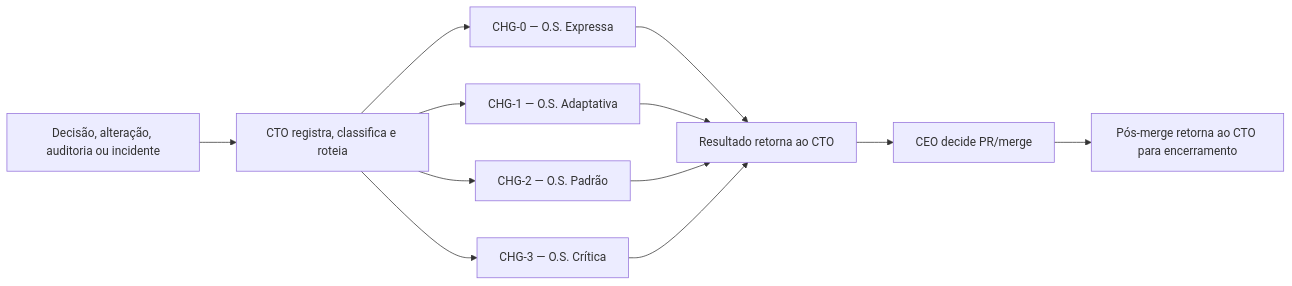
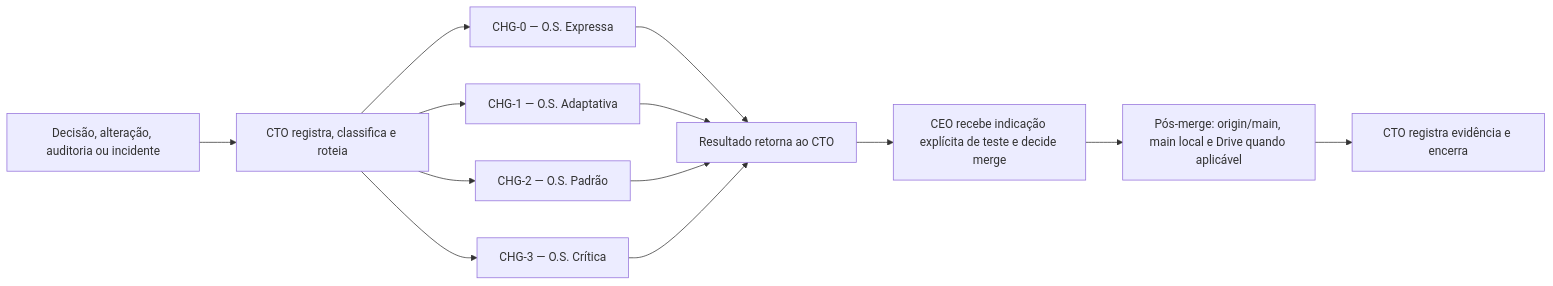
Before and after one commit to ThiagoKenoblauFritsche/AmpAI: the first of 2 diagrams in docs/AmpAI_OS_Workflow.md, drawn with Mermaid. The commit also changed other lines of this file and 12 other files, not shown here.

````diff
--- a/docs/AmpAI_OS_Workflow.md
+++ b/docs/AmpAI_OS_Workflow.md
@@ -15,14 +15,15 @@
 ```mermaid
 flowchart LR
     IN["Decisão, alteração, auditoria ou incidente"] --> CTO["CTO registra, classifica e roteia"]
     CTO --> C0["CHG-0 — O.S. Expressa"]
     CTO --> C1["CHG-1 — O.S. Adaptativa"]
     CTO --> C2["CHG-2 — O.S. Padrão"]
     CTO --> C3["CHG-3 — O.S. Crítica"]
     C0 --> RET["Resultado retorna ao CTO"]
     C1 --> RET
     C2 --> RET
     C3 --> RET
-    RET --> CEO["CEO decide PR/merge"]
-    CEO --> CLOSE["Pós-merge retorna ao CTO para encerramento"]
+    RET --> CEO["CEO recebe indicação explícita de teste e decide merge"]
+    CEO --> SYNC["Pós-merge: origin/main, main local e Drive quando aplicável"]
+    SYNC --> CLOSE["CTO registra evidência e encerra"]
 ```
````
